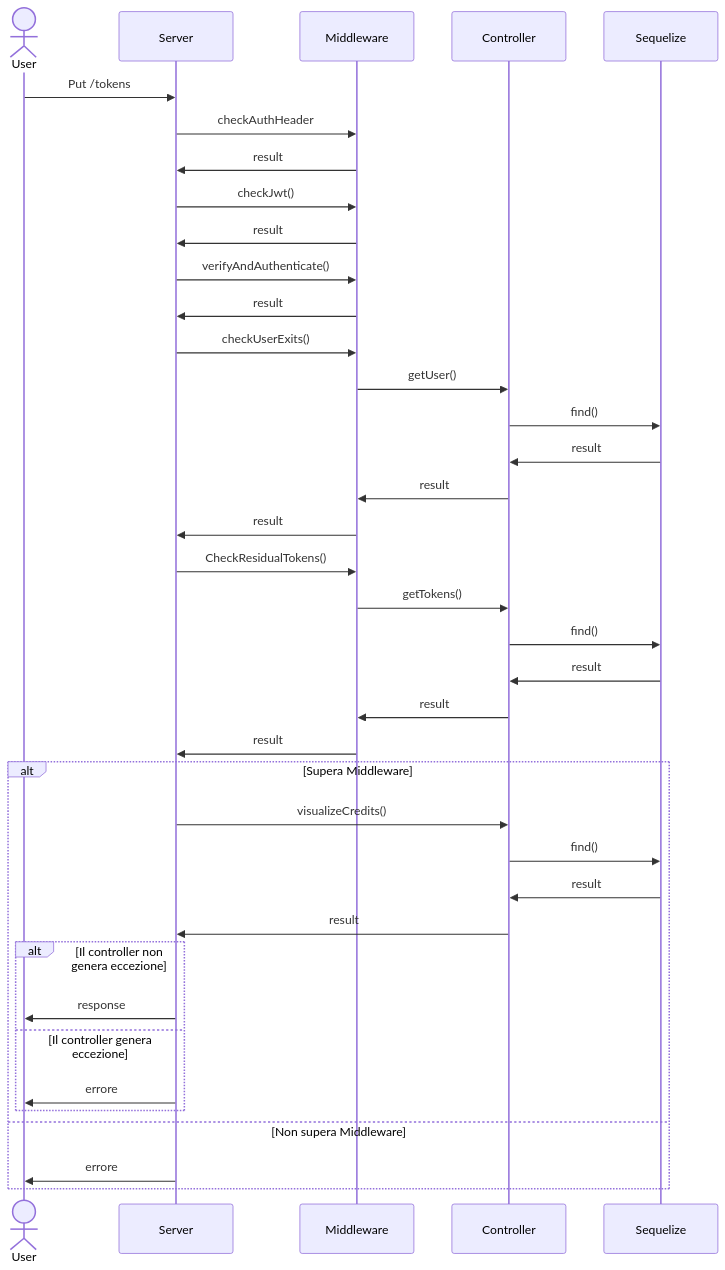
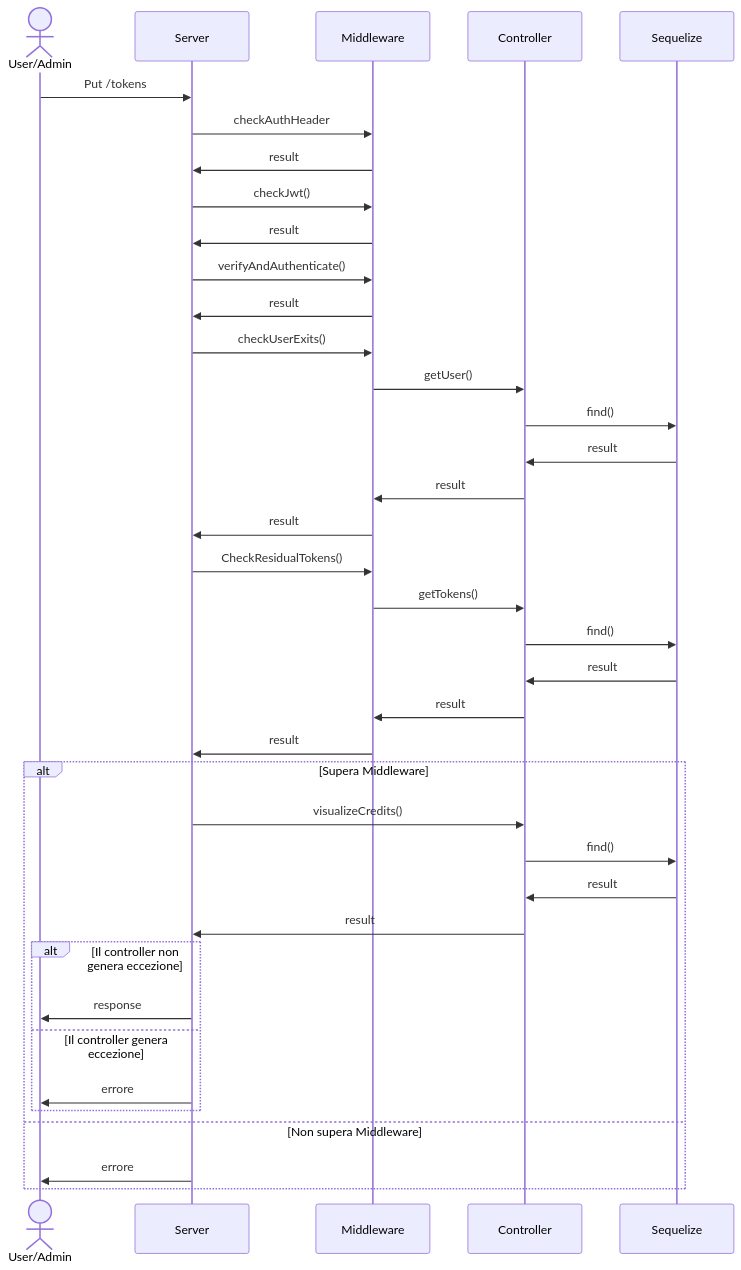
Diagram 11 of 12 in README.md (AgneseBruglia/PA2024), drawn with Mermaid before and after one commit. The commit also changed other lines of this file, not shown here.

````diff
--- a/README.md
+++ b/README.md
@@ -653,44 +653,44 @@
 ```mermaid
 sequenceDiagram
-     actor User
+     actor User/Admin
 
-    User->>Server: Put /tokens
+    User/Admin->>Server: Put /tokens
 
     Server->>Middleware: checkAuthHeader
     Middleware->>Server: result
 
     Server->>Middleware: checkJwt()
     Middleware->>Server: result
 
     Server->>Middleware: verifyAndAuthenticate()
     Middleware->>Server: result
 
     Server->>Middleware: checkUserExits()
     Middleware->>Controller: getUser()
     Controller->>Sequelize: find()
     Sequelize->>Controller: result
     Controller->>Middleware: result
     Middleware->>Server: result
 
     Server->>Middleware: CheckResidualTokens()
     Middleware->>Controller: getTokens()
     Controller->>Sequelize: find()
     Sequelize->>Controller: result
     Controller->>Middleware: result
     Middleware->>Server: result
 
     
     alt Supera Middleware
         Server->>Controller: visualizeCredits()
         Controller->>Sequelize: find()
         Sequelize->>Controller: result
         Controller->>Server:result
         alt Il controller non genera eccezione
-             Server->>User: response
+             Server->>User/Admin: response
         else Il controller genera eccezione
-             Server->>User: errore
+             Server->>User/Admin: errore
         end 
     else  Non supera Middleware
-        Server->>User: errore
+        Server->>User/Admin: errore
     end
 ```
````
